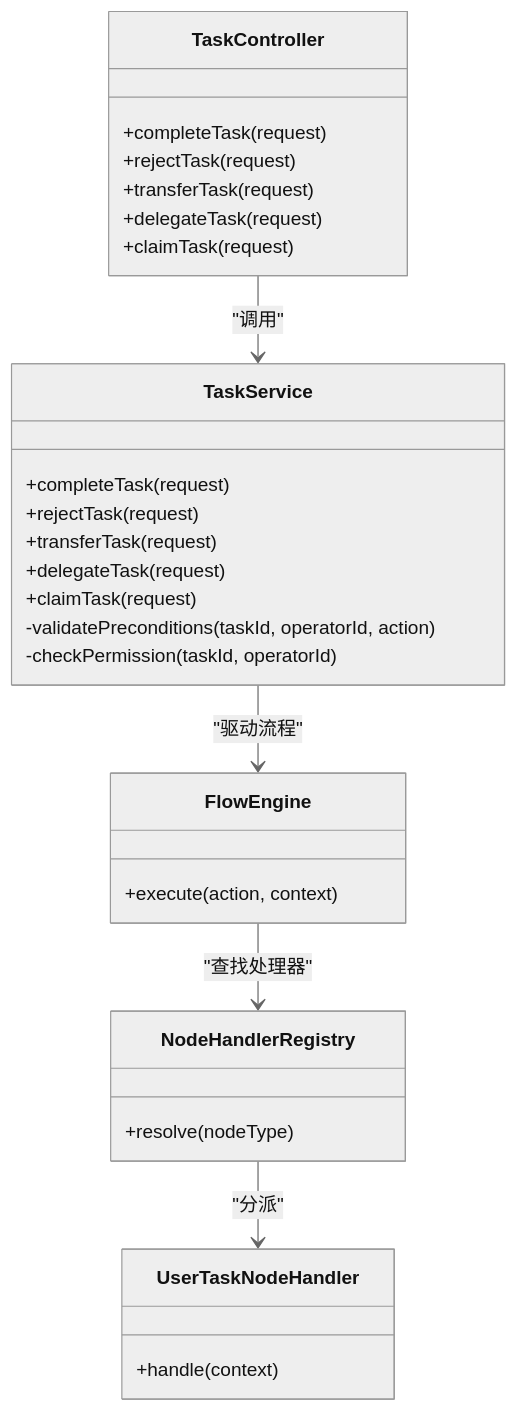
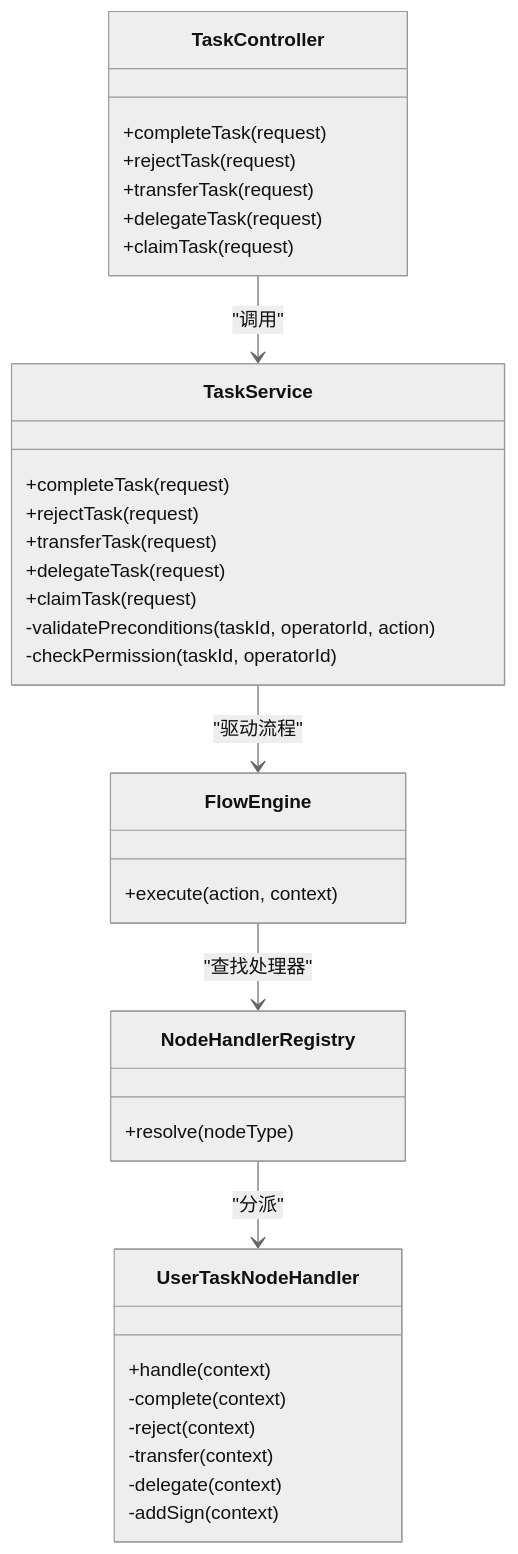
One commit to liming-lihaini/workflow changed the fourth of 9 diagrams in .qoder/repowiki/zh/content/任务管理/任务操作处理/任务操作处理.md. Above: the diagram before and after it, drawn with Mermaid (neutral theme). The commit also changed other lines of this file and 57 other files, not shown here.

````diff
--- a/.qoder/repowiki/zh/content/任务管理/任务操作处理/任务操作处理.md
+++ b/.qoder/repowiki/zh/content/任务管理/任务操作处理/任务操作处理.md
@@ -255,32 +273,37 @@
 ```mermaid
 classDiagram
 class TaskController {
 +completeTask(request)
 +rejectTask(request)
 +transferTask(request)
 +delegateTask(request)
 +claimTask(request)
 }
 class TaskService {
 +completeTask(request)
 +rejectTask(request)
 +transferTask(request)
 +delegateTask(request)
 +claimTask(request)
 -validatePreconditions(taskId, operatorId, action)
 -checkPermission(taskId, operatorId)
 }
 class FlowEngine {
 +execute(action, context)
 }
 class NodeHandlerRegistry {
 +resolve(nodeType)
 }
 class UserTaskNodeHandler {
 +handle(context)
+-complete(context)
+-reject(context)
+-transfer(context)
+-delegate(context)
+-addSign(context)
 }
 TaskController --> TaskService : "调用"
 TaskService --> FlowEngine : "驱动流程"
 FlowEngine --> NodeHandlerRegistry : "查找处理器"
 NodeHandlerRegistry --> UserTaskNodeHandler : "分派"
 ```
````
